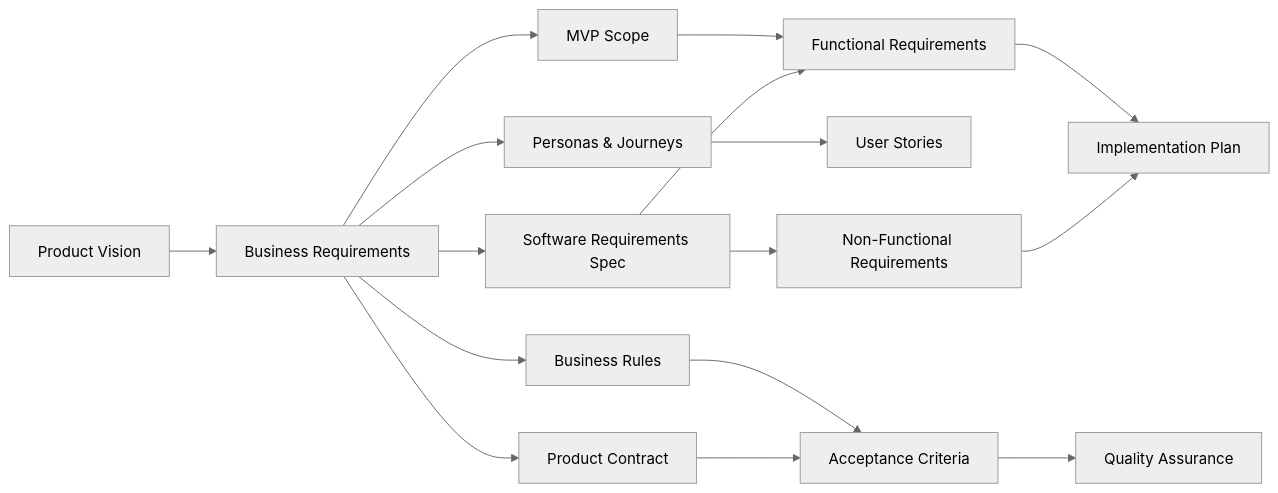
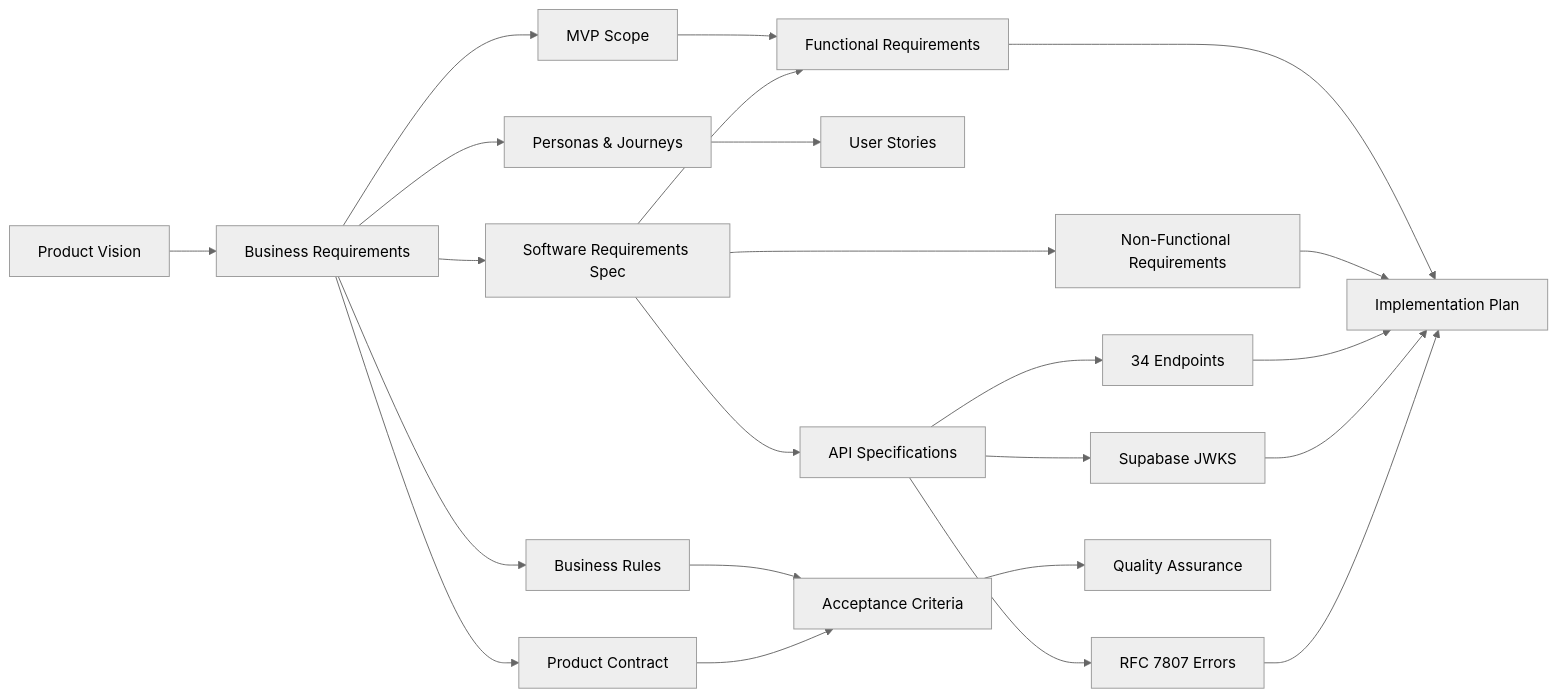
Before and after one commit to od3n/forecastiq: the eighth of 8 diagrams in .qoder/repowiki/en/content/Business Requirements & Analysis.md, drawn with Mermaid (neutral theme). The commit also changed other lines of this file and 3 other files, not shown here.

````diff
--- a/.qoder/repowiki/en/content/Business Requirements & Analysis.md
+++ b/.qoder/repowiki/en/content/Business Requirements & Analysis.md
@@ -388,18 +545,25 @@
 ```mermaid
 graph LR
 PV["Product Vision"] --> BR["Business Requirements"]
 BR --> MVP["MVP Scope"]
 BR --> PERS["Personas & Journeys"]
 BR --> RULES["Business Rules"]
 BR --> CONTRACT["Product Contract"]
 MVP --> FR["Functional Requirements"]
 PERS --> US["User Stories"]
 RULES --> AC["Acceptance Criteria"]
 CONTRACT --> AC
 BR --> SRS["Software Requirements Spec"]
 SRS --> FR
 SRS --> NFR["Non-Functional Requirements"]
+SRS --> API_SPEC["API Specifications"]
+API_SPEC --> ENDPOINTS["34 Endpoints"]
+API_SPEC --> AUTH["Supabase JWKS"]
+API_SPEC --> ERRORS["RFC 7807 Errors"]
 FR --> IMPL["Implementation Plan"]
 NFR --> IMPL
 AC --> QA["Quality Assurance"]
+ENDPOINTS --> IMPL
+AUTH --> IMPL
+ERRORS --> IMPL
 ```
````
